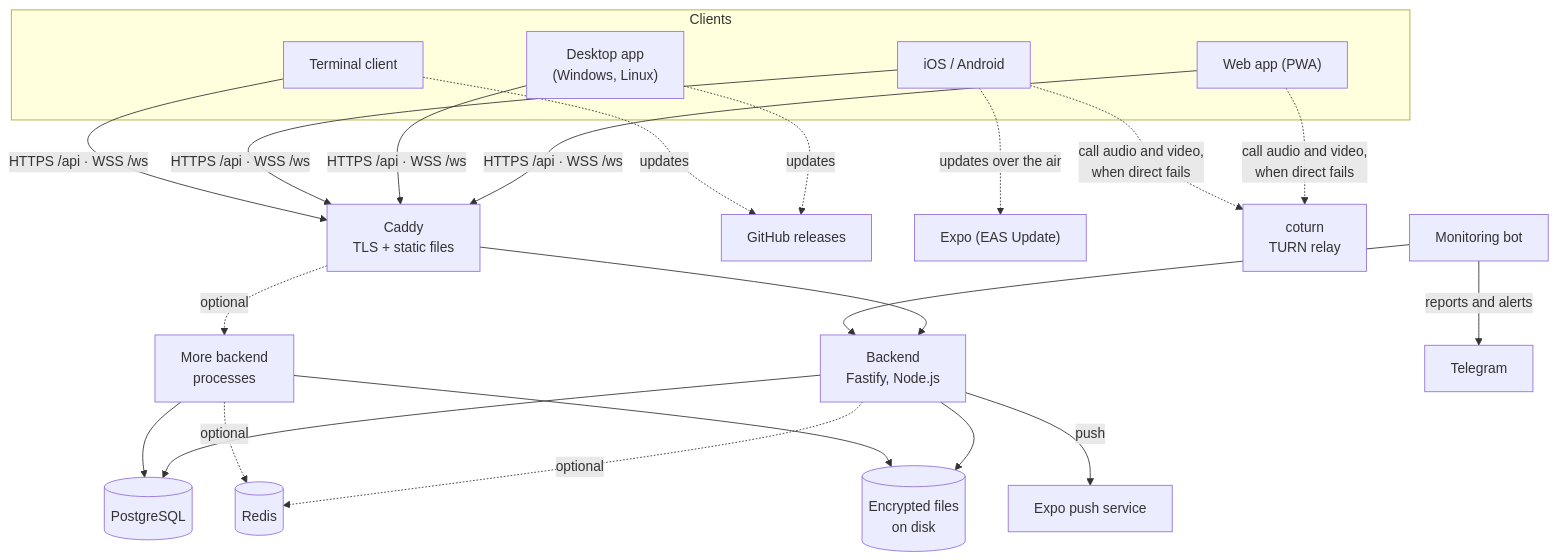
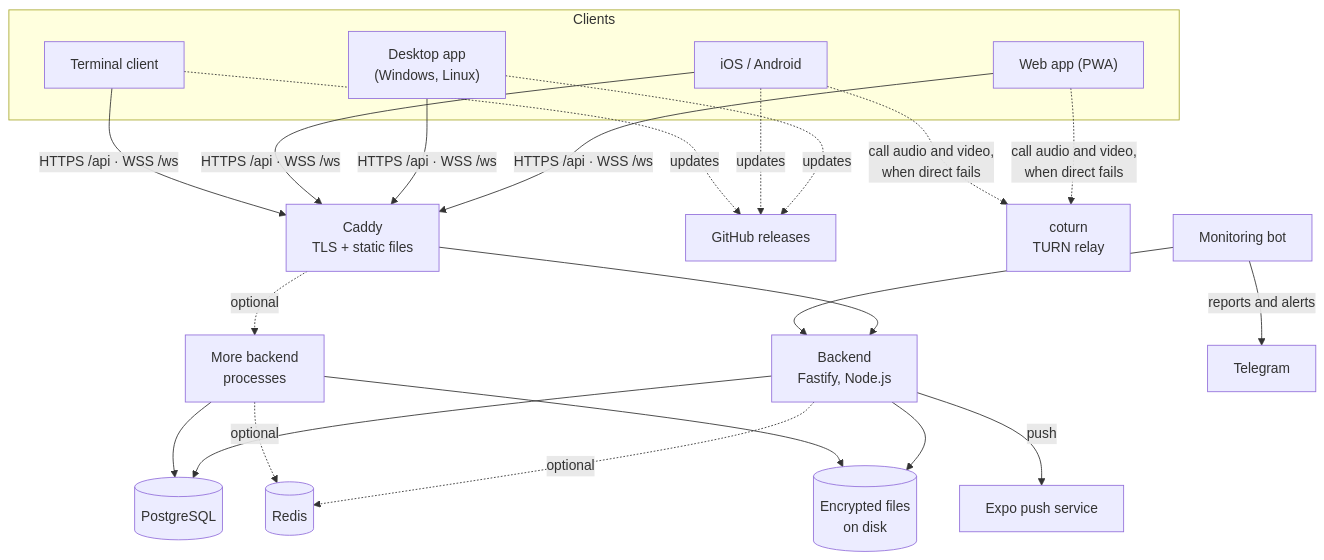
Before and after one commit to Skerpsh/Ostrich_Messenger: the second of 2 diagrams in README.md, drawn with Mermaid. The commit also changed other lines of this file and 22 other files, not shown here.

````diff
--- a/README.md
+++ b/README.md
@@ -288,21 +288,20 @@
 ```mermaid
 flowchart TB
     subgraph Clients
         W["Web app (PWA)"]
         D["Desktop app<br/>(Windows, Linux)"]
         M["iOS / Android"]
         C["Terminal client"]
     end
     W & D & M & C -->|"HTTPS /api · WSS /ws"| CADDY["Caddy<br/>TLS + static files"]
-    D & C -.->|updates| GH["GitHub releases"]
-    M -.->|"updates over the air"| EAS["Expo (EAS Update)"]
+    D & M & C -.->|updates| GH["GitHub releases"]
     CADDY --> B1["Backend<br/>Fastify, Node.js"]
     CADDY -.->|optional| B2["More backend<br/>processes"]
     B1 & B2 --> PG[(PostgreSQL)]
     B1 & B2 -.->|optional| R[(Redis)]
     B1 & B2 --> FS[("Encrypted files<br/>on disk")]
     B1 -->|push| EXPO["Expo push service"]
     W & M -.->|"call audio and video,<br/>when direct fails"| TURN["coturn<br/>TURN relay"]
     MON["Monitoring bot"] -->|reports and alerts| TG["Telegram"]
     MON --> B1
 ```
````
